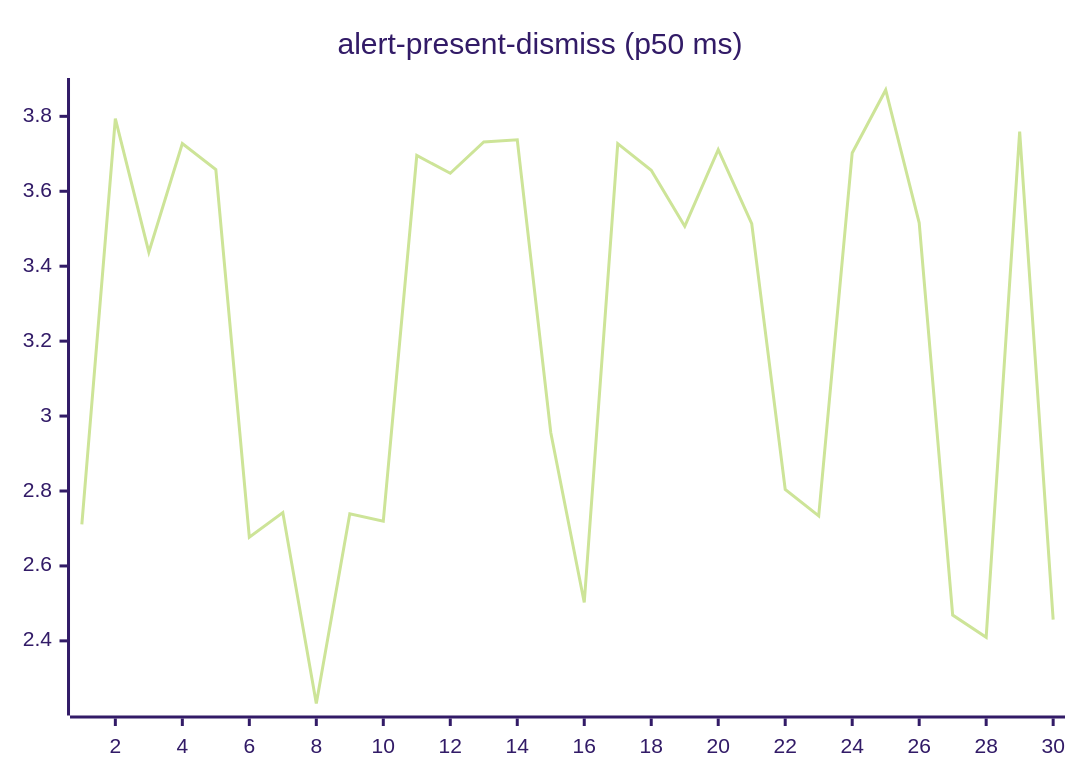
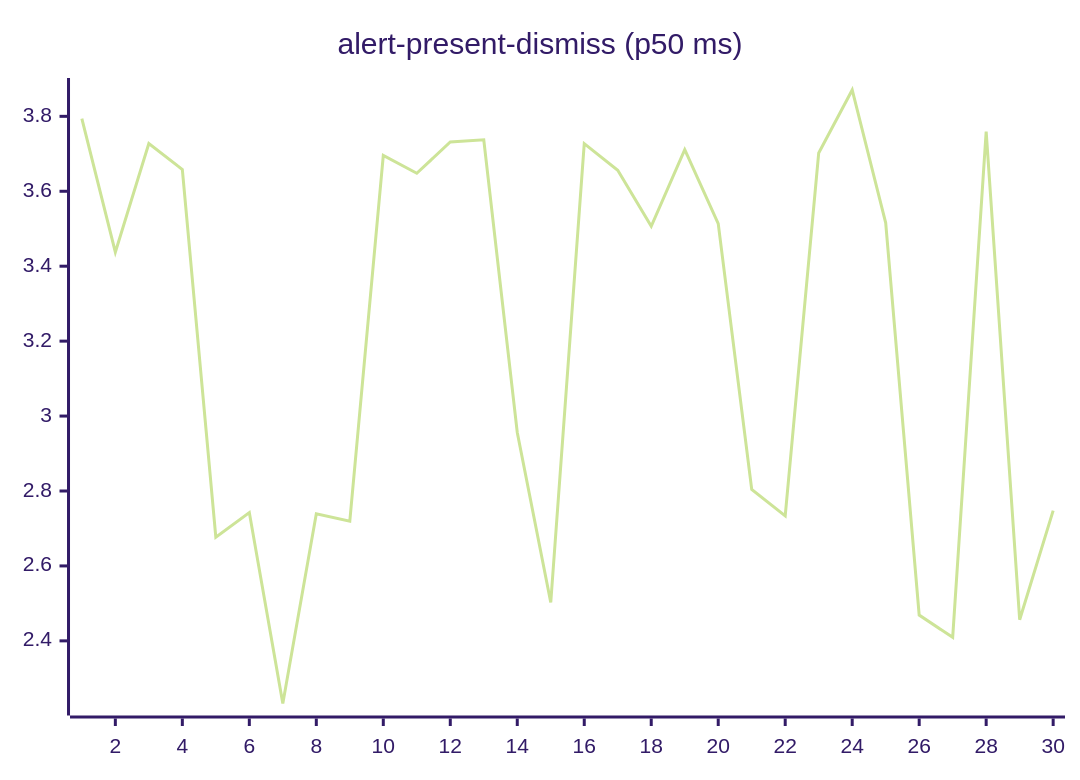
One commit to josha/Facet changed the second of 27 diagrams in README.md. Above: the diagram before and after it, drawn with Mermaid (forest theme). The commit also changed other lines of this file and 2 other files, not shown here.

````diff
--- a/README.md
+++ b/README.md
@@ -70,6 +70,6 @@
 ```mermaid
 xychart-beta
     title "alert-present-dismiss (p50 ms)"
     x-axis 1 --> 30
-    line [2.7111, 3.7936, 3.4376, 3.7274, 3.6582, 2.6769, 2.7425, 2.2328, 2.7393, 2.7195, 3.6955, 3.6480, 3.7318, 3.7373, 2.9562, 2.5024, 3.7273, 3.6562, 3.5064, 3.7112, 3.5136, 2.8044, 2.7337, 3.7022, 3.8703, 3.5157, 2.4688, 2.4093, 3.7592, 2.4564]
+    line [3.7936, 3.4376, 3.7274, 3.6582, 2.6769, 2.7425, 2.2328, 2.7393, 2.7195, 3.6955, 3.6480, 3.7318, 3.7373, 2.9562, 2.5024, 3.7273, 3.6562, 3.5064, 3.7112, 3.5136, 2.8044, 2.7337, 3.7022, 3.8703, 3.5157, 2.4688, 2.4093, 3.7592, 2.4564, 2.7475]
 ```
````
